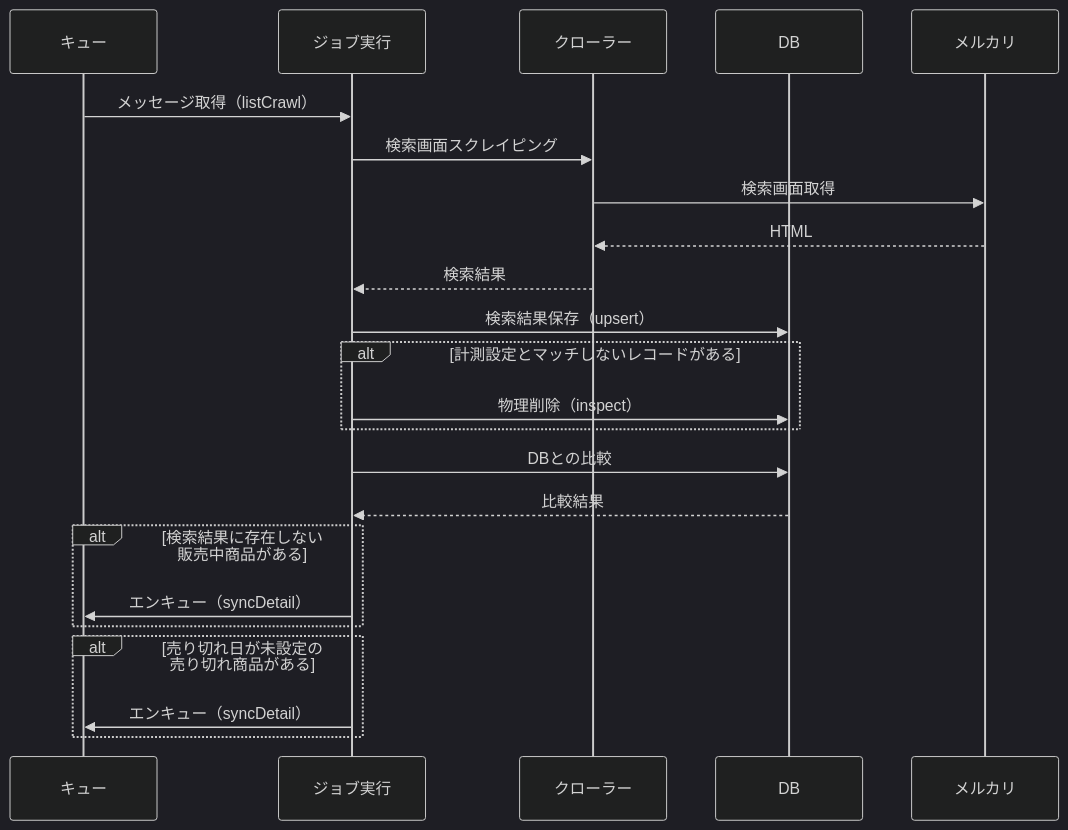
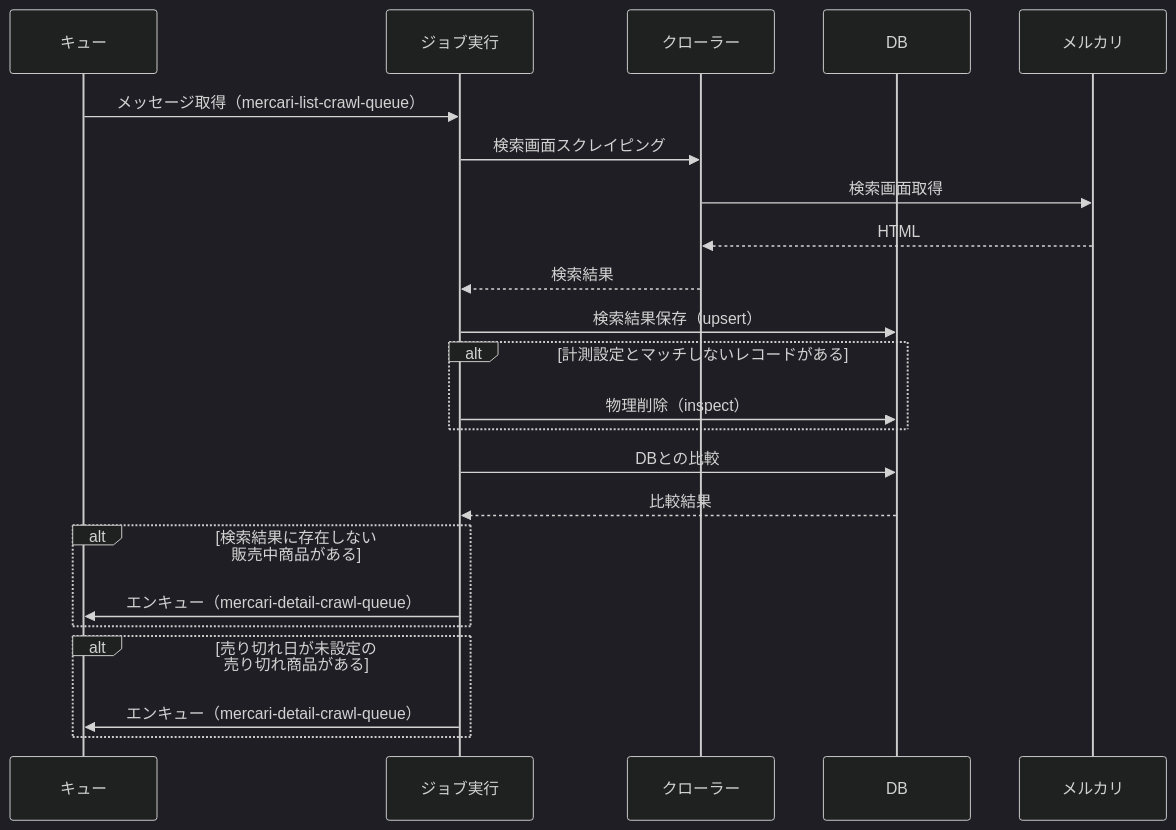
One commit to kuroweb/crawlflare changed the third of 4 diagrams in docs/plan/REQ-0001_scraping-implementation/detailed-design.md. Above: the diagram before and after it, drawn with Mermaid (dark theme). The commit also changed other lines of this file, not shown here.

````diff
--- a/docs/plan/REQ-0001_scraping-implementation/detailed-design.md
+++ b/docs/plan/REQ-0001_scraping-implementation/detailed-design.md
@@ -152,26 +152,26 @@
 ```mermaid
 sequenceDiagram
   participant Queue as キュー
   participant Job as ジョブ実行
   participant Crawler as クローラー
   participant DB as DB
   participant Mercari as メルカリ
 
-  Queue->>Job: メッセージ取得（listCrawl）
+  Queue->>Job: メッセージ取得（mercari-list-crawl-queue）
   Job->>Crawler: 検索画面スクレイピング
   Crawler->>Mercari: 検索画面取得
   Mercari-->>Crawler: HTML
   Crawler-->>Job: 検索結果
   Job->>DB: 検索結果保存（upsert）
   alt 計測設定とマッチしないレコードがある
     Job->>DB: 物理削除（inspect）
   end
   Job->>DB: DBとの比較
   DB-->>Job: 比較結果
     alt 検索結果に存在しない<br>販売中商品がある
-      Job->>Queue: エンキュー（syncDetail）
+      Job->>Queue: エンキュー（mercari-detail-crawl-queue）
     end
     alt 売り切れ日が未設定の<br>売り切れ商品がある
-      Job->>Queue: エンキュー（syncDetail）
+      Job->>Queue: エンキュー（mercari-detail-crawl-queue）
     end
 ```
````
